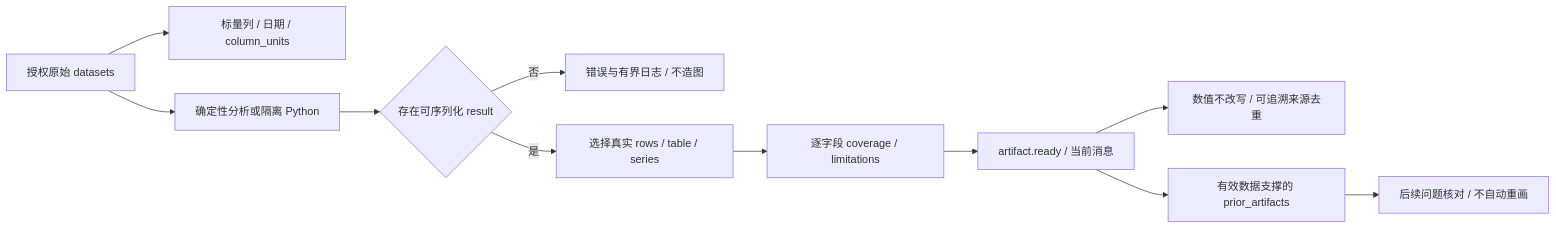
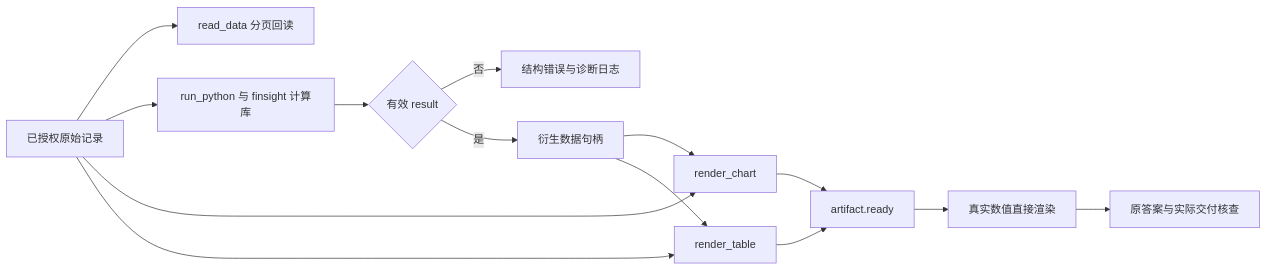
The first of 2 diagrams in docs/REPORT_CHART_SPEC.md (kkkano/FinSight), drawn with Mermaid before and after one commit. The commit also changed other lines of this file and 62 other files, not shown here.

Commit message:
refresh architecture contracts and verified documentation diagrams

````diff
--- a/docs/REPORT_CHART_SPEC.md
+++ b/docs/REPORT_CHART_SPEC.md
@@ -11,13 +7,16 @@
 ```mermaid
 flowchart LR
-    DATA[授权原始 datasets] --> INSPECT[标量列 / 日期 / column_units]
-    DATA --> CALC[确定性分析或隔离 Python]
-    CALC --> RESULT{存在可序列化 result}
-    RESULT -->|否| ERROR[错误与有界日志 / 不造图]
-    RESULT -->|是| ROWS[选择真实 rows / table / series]
-    ROWS --> COVER[逐字段 coverage / limitations]
-    COVER --> ART[artifact.ready / 当前消息]
-    ART --> VIEW[数值不改写 / 可追溯来源去重]
-    ART --> PRIOR[有效数据支撑的 prior_artifacts]
-    PRIOR --> CHECK[后续问题核对 / 不自动重画]
+    DATA[已授权原始记录] --> READ[read_data 分页回读]
+    DATA --> CALC[run_python 与 finsight 计算库]
+    CALC --> RESULT{有效 result}
+    RESULT -->|否| ERROR[结构错误与诊断日志]
+    RESULT -->|是| HANDLE[衍生数据句柄]
+    DATA --> CHART[render_chart]
+    DATA --> TABLE[render_table]
+    HANDLE --> CHART
+    HANDLE --> TABLE
+    CHART --> ART[artifact.ready]
+    TABLE --> ART
+    ART --> UI[真实数值直接渲染]
+    UI --> REVIEW[原答案与实际交付核查]
 ```
````
